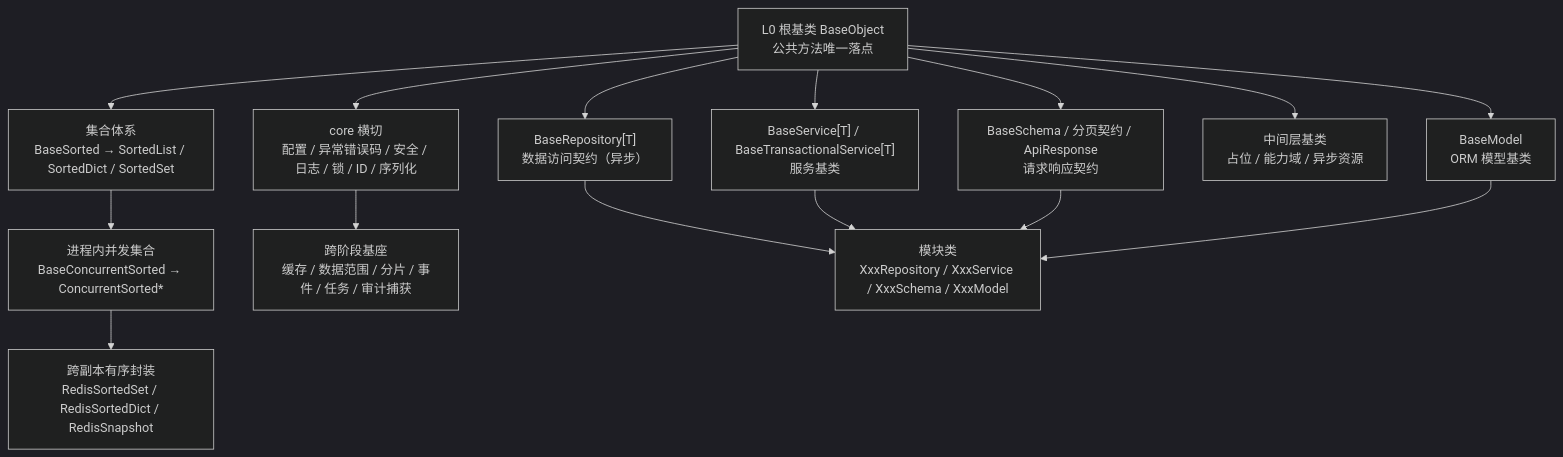
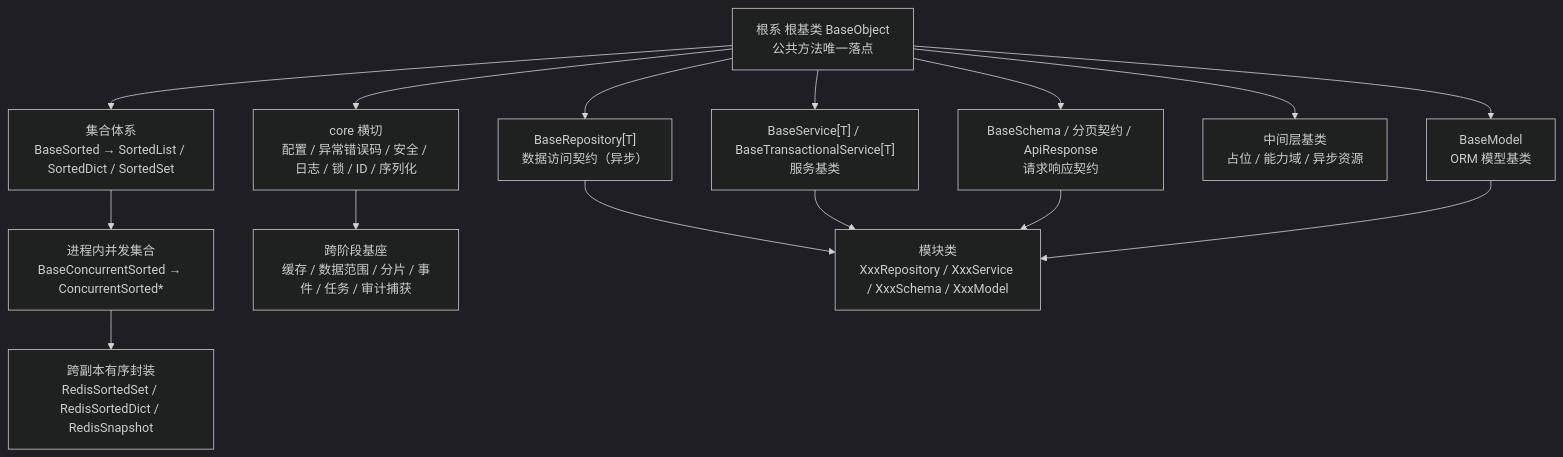
One commit to minjian123/basic-management-system changed the first of 2 diagrams in bms文档/后端基类清单.md. Above: the diagram before and after it, drawn with Mermaid (dark theme). The commit also changed other lines of this file and 181 other files, not shown here.

````diff
--- a/bms文档/后端基类清单.md
+++ b/bms文档/后端基类清单.md
@@ -16,23 +16,23 @@
 ```mermaid
 flowchart TD
-    L0["L0 根基类 BaseObject<br/>公共方法唯一落点"]
+    根系["根系 根基类 BaseObject<br/>公共方法唯一落点"]
     COL["集合体系<br/>BaseSorted → SortedList / SortedDict / SortedSet"]
     CONC["进程内并发集合<br/>BaseConcurrentSorted → ConcurrentSorted*"]
     REDIS["跨副本有序封装<br/>RedisSortedSet / RedisSortedDict / RedisSnapshot"]
     REPO["BaseRepository[T]<br/>数据访问契约（异步）"]
     SVC["BaseService[T] / BaseTransactionalService[T]<br/>服务基类"]
     SCH["BaseSchema / 分页契约 / ApiResponse<br/>请求响应契约"]
     ORM["BaseModel<br/>ORM 模型基类"]
     MID["中间层基类<br/>占位 / 能力域 / 异步资源"]
     CORE["core 横切<br/>配置 / 异常错误码 / 安全 / 日志 / 锁 / ID / 序列化"]
     CROSS["跨阶段基座<br/>缓存 / 数据范围 / 分片 / 事件 / 任务 / 审计捕获"]
     MOD["模块类<br/>XxxRepository / XxxService / XxxSchema / XxxModel"]
-    L0 --> COL --> CONC --> REDIS
-    L0 --> MID
-    L0 --> REPO --> MOD
-    L0 --> SVC --> MOD
-    L0 --> SCH --> MOD
-    L0 --> ORM --> MOD
-    L0 --> CORE
+    根系 --> COL --> CONC --> REDIS
+    根系 --> MID
+    根系 --> REPO --> MOD
+    根系 --> SVC --> MOD
+    根系 --> SCH --> MOD
+    根系 --> ORM --> MOD
+    根系 --> CORE
     CORE --> CROSS
 ```
````
